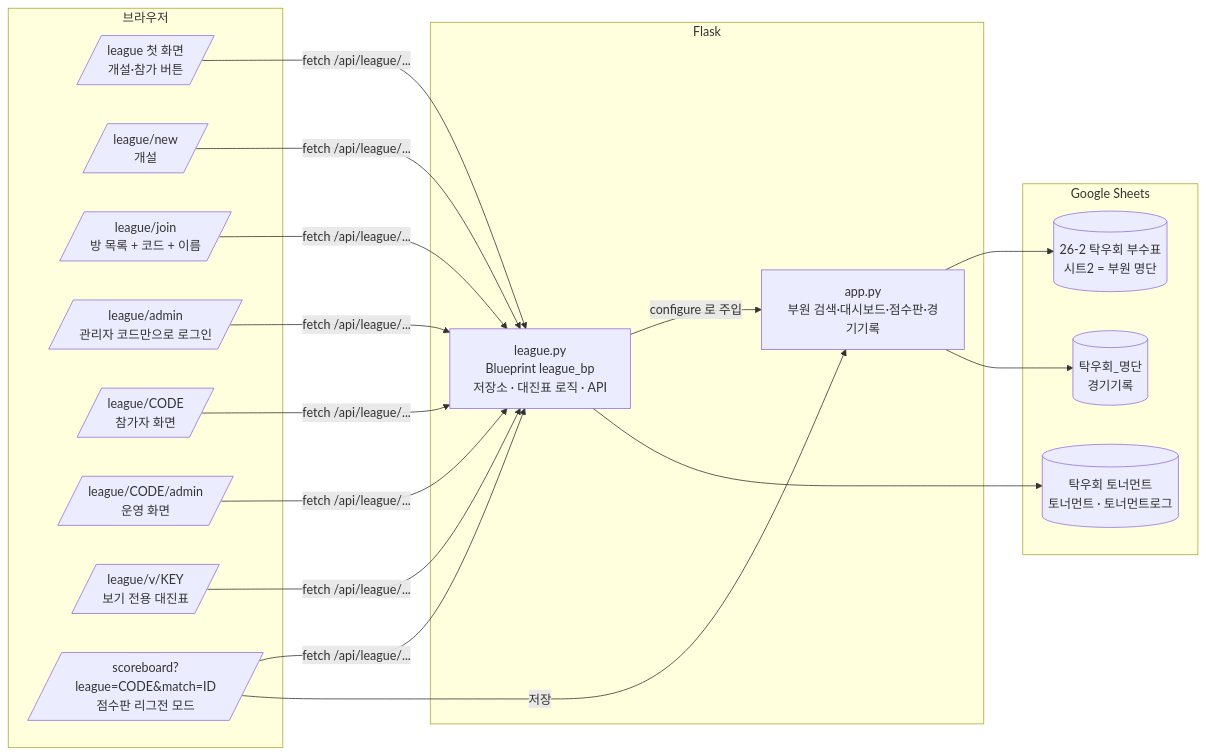
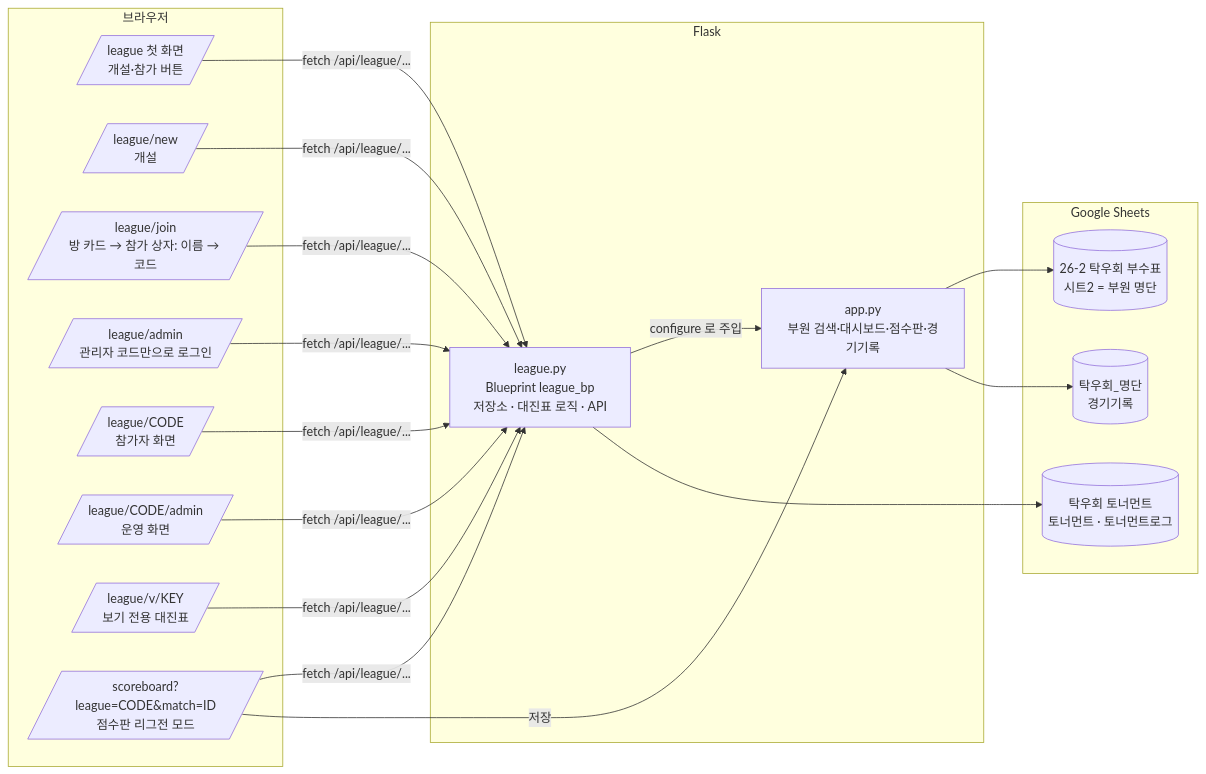
One commit to alsh02/Hanyang-University-ERICA-PingPong-Rank changed the first of 2 diagrams in docs/league-handoff.md. Above: the diagram before and after it, drawn with Mermaid. The commit also changed other lines of this file and 3 other files, not shown here.

First line of the commit message:
League: Join from a room card with name first, then the code

````diff
--- a/docs/league-handoff.md
+++ b/docs/league-handoff.md
@@ -21,28 +21,28 @@
 ```mermaid
 flowchart LR
     subgraph 브라우저
         H[/league 첫 화면<br>개설·참가 버튼/]
         N[/league/new<br>개설/]
-        J[/league/join<br>방 목록 + 코드 + 이름/]
+        J[/league/join<br>방 카드 → 참가 상자: 이름 → 코드/]
         A[/league/admin<br>관리자 코드만으로 로그인/]
         R[/league/CODE<br>참가자 화면/]
         RA[/league/CODE/admin<br>운영 화면/]
         V[/league/v/KEY<br>보기 전용 대진표/]
         S[/scoreboard?league=CODE&match=ID<br>점수판 리그전 모드/]
     end
     subgraph Flask
         APP[app.py<br>부원 검색·대시보드·점수판·경기기록]
         LG[league.py<br>Blueprint league_bp<br>저장소 · 대진표 로직 · API]
     end
     subgraph "Google Sheets"
         M[(26-2 탁우회 부수표<br>시트2 = 부원 명단)]
         REC[(탁우회_명단<br>경기기록)]
         T[(탁우회 토너먼트<br>토너먼트 · 토너먼트로그)]
     end
     H & N & J & A & R & RA & V & S -->|fetch /api/league/...| LG
     S -->|저장| APP
     LG -->|configure 로 주입| APP
     APP --> M
     APP --> REC
     LG --> T
 ```
````
